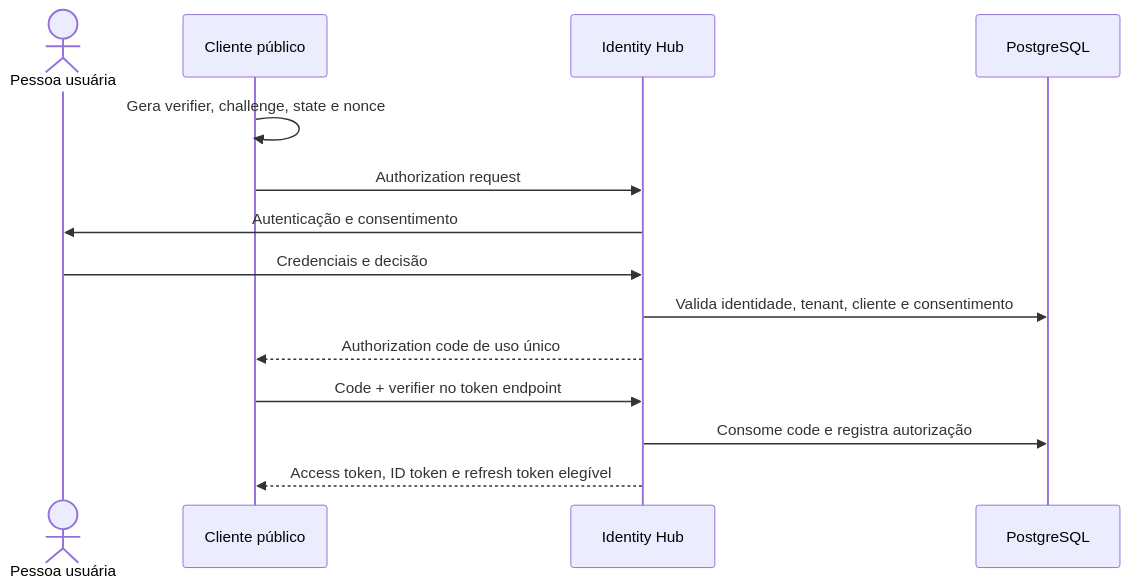
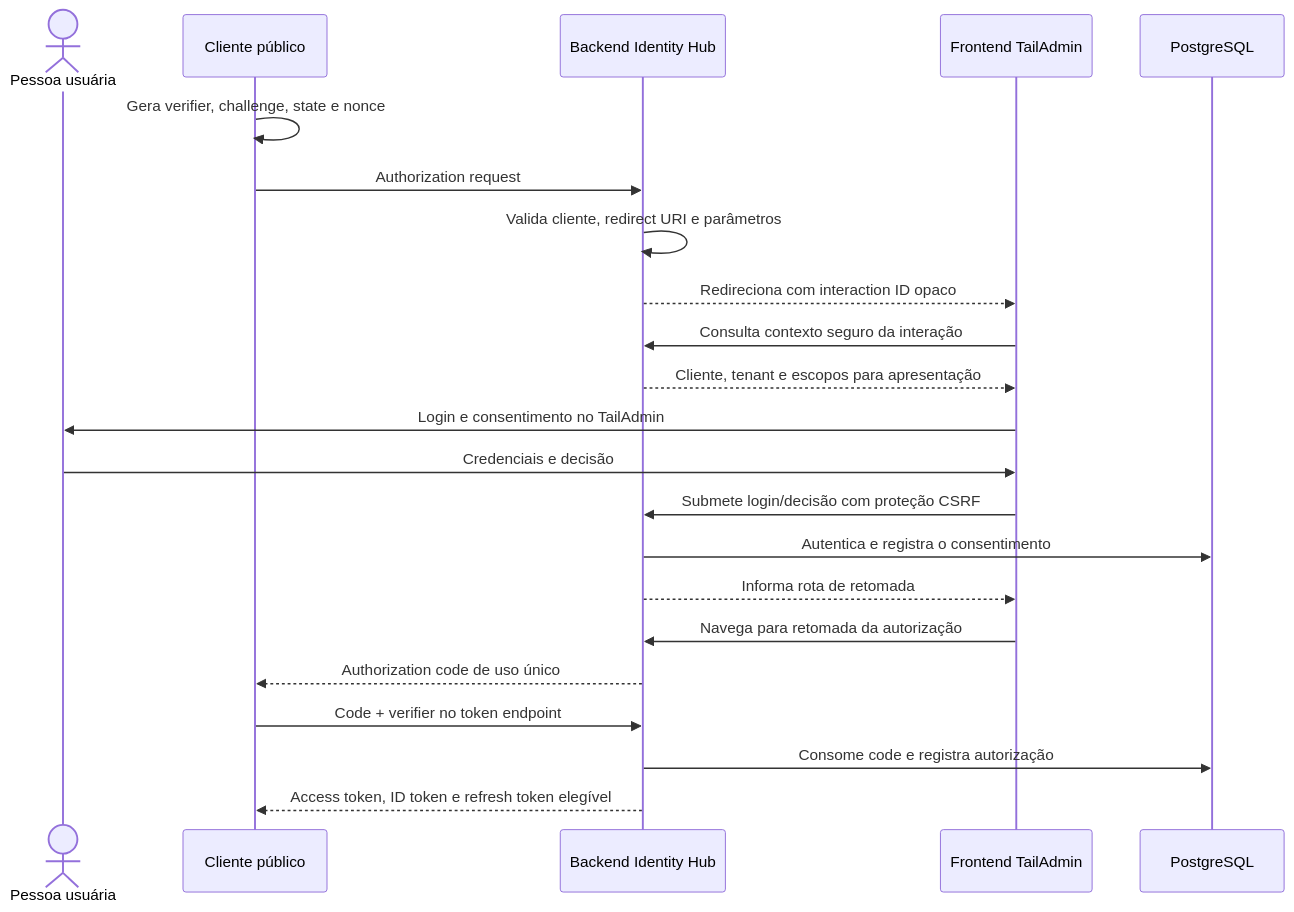
The third of 3 diagrams in docs/architecture/overview.md (karamba121/identity-hub), drawn with Mermaid before and after one commit. The commit also changed other lines of this file and 4 other files, not shown here.

````diff
--- a/docs/architecture/overview.md
+++ b/docs/architecture/overview.md
@@ -170,17 +238,25 @@
 ```mermaid
 sequenceDiagram
     actor U as Pessoa usuária
     participant C as Cliente público
-    participant H as Identity Hub
+    participant H as Backend Identity Hub
+    participant F as Frontend TailAdmin
     participant D as PostgreSQL
 
     C->>C: Gera verifier, challenge, state e nonce
     C->>H: Authorization request
-    H->>U: Autenticação e consentimento
-    U->>H: Credenciais e decisão
-    H->>D: Valida identidade, tenant, cliente e consentimento
+    H->>H: Valida cliente, redirect URI e parâmetros
+    H-->>F: Redireciona com interaction ID opaco
+    F->>H: Consulta contexto seguro da interação
+    H-->>F: Cliente, tenant e escopos para apresentação
+    F->>U: Login e consentimento no TailAdmin
+    U->>F: Credenciais e decisão
+    F->>H: Submete login/decisão com proteção CSRF
+    H->>D: Autentica e registra o consentimento
+    H-->>F: Informa rota de retomada
+    F->>H: Navega para retomada da autorização
     H-->>C: Authorization code de uso único
     C->>H: Code + verifier no token endpoint
     H->>D: Consome code e registra autorização
     H-->>C: Access token, ID token e refresh token elegível
 ```
````
